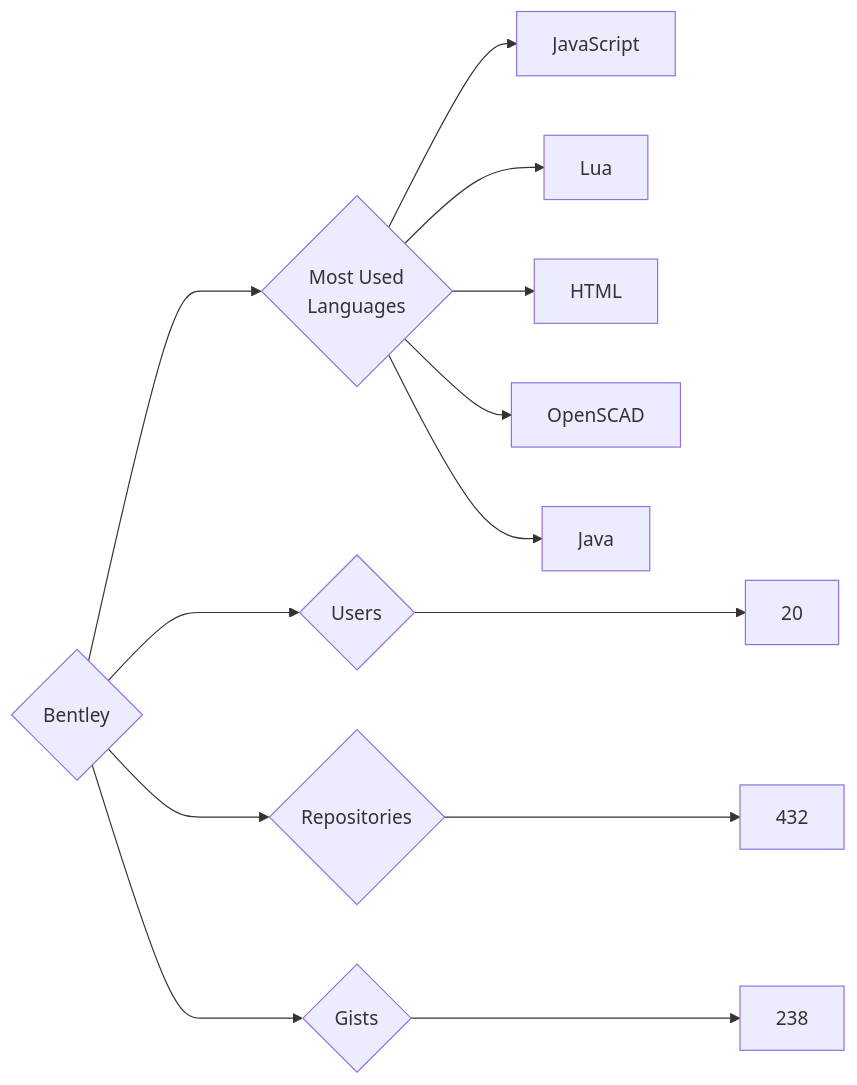
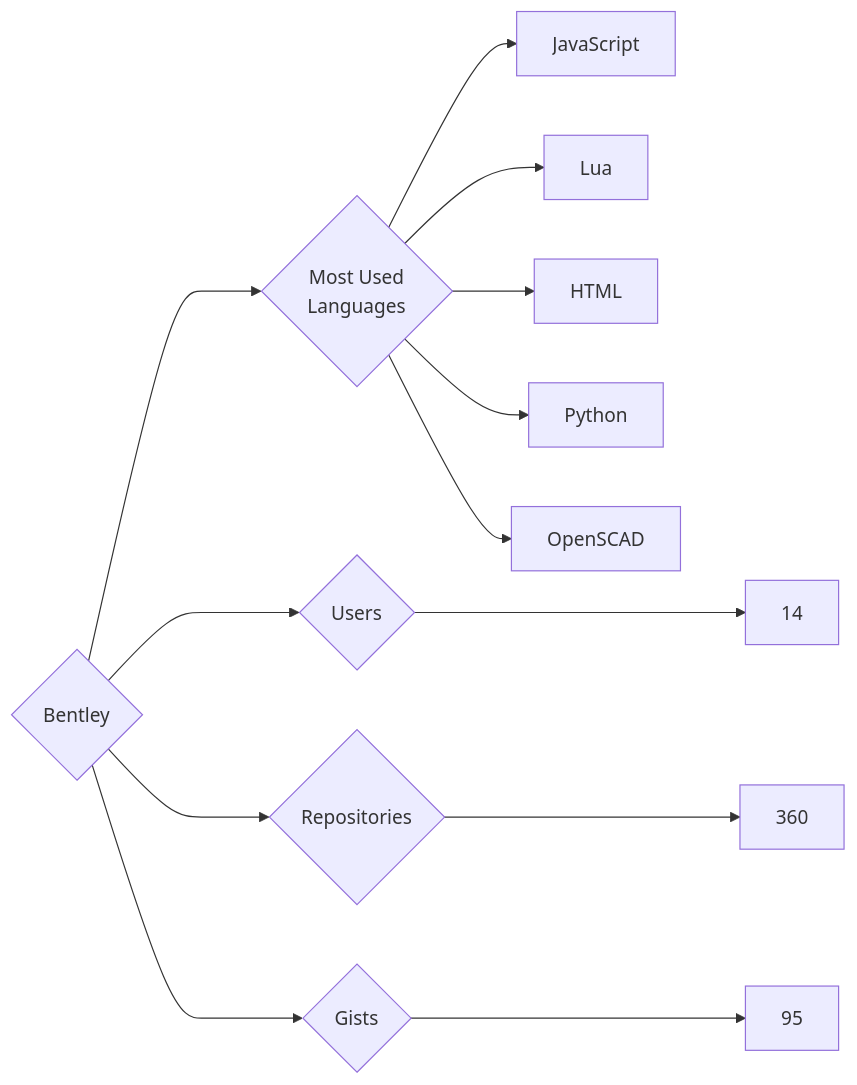
The diagram in targets/Bentley/README.md (trickest/insiders), drawn with Mermaid before and after one commit. The commit also changed 699 other files, not shown here.

````diff
--- a/targets/Bentley/README.md
+++ b/targets/Bentley/README.md
@@ -3,13 +3,13 @@
 ```mermaid
 graph LR
 COMPANY_NAME{Bentley}
-COMPANY_NAME ---> U{Users} ---> UN[20]
-COMPANY_NAME ---> R{Repositories} ---> RN[432]
-COMPANY_NAME ---> G{Gists} ---> GN[238]
+COMPANY_NAME ---> U{Users} ---> UN[14]
+COMPANY_NAME ---> R{Repositories} ---> RN[360]
+COMPANY_NAME ---> G{Gists} ---> GN[95]
 COMPANY_NAME ---> ML{Most Used<br>Languages}
 ML --> JavaScript[JavaScript]
 ML --> Lua[Lua]
 ML --> HTML[HTML]
+ML --> Python[Python]
 ML --> OpenSCAD[OpenSCAD]
-ML --> Java[Java]
 ```
````
